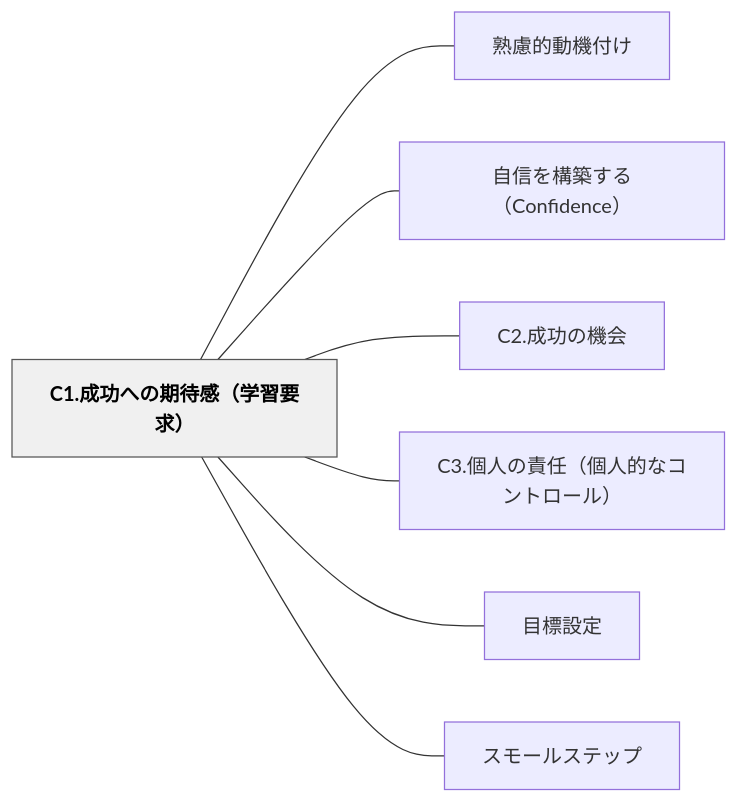
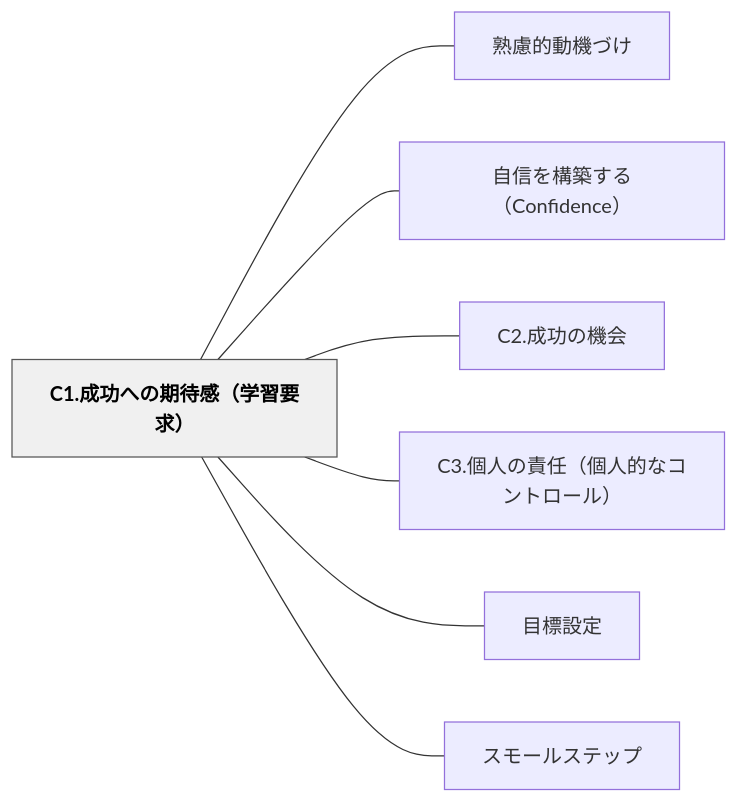
The diagram in content/パタン/C1.成功への期待感（学習要求）.md (unknownthings-ed-patterns/unknownthings-ed-patterns), drawn with Mermaid before and after one commit. The commit also changed other lines of this file and 234 other files, not shown here.

````diff
--- a/content/パタン/C1.成功への期待感（学習要求）.md
+++ b/content/パタン/C1.成功への期待感（学習要求）.md
@@ -37,20 +37,20 @@
 ```mermaid
 flowchart LR
     n43312ee68890e58a9fe381b8e381aee69c9fe5be85e6849fefbc88e5ada6e7bf92e8a681e6b182efbc89["C1.成功への期待感（学習要求）"]
-    ne7869fe685aee79a84e58b95e6a99fe4bb98e38191["熟慮的動機付け"]
+    ne7869fe685aee79a84e58b95e6a99fe381a5e38191["熟慮的動機づけ"]
     ne887aae4bfa1e38292e6a78be7af89e38199e3828befbc88436f6e666964656e6365efbc89["自信を構築する（Confidence）"]
     n43322ee68890e58a9fe381aee6a99fe4bc9a["C2.成功の機会"]
     n43332ee5808be4babae381aee8b2ace4bbbbefbc88e5808be4babae79a84e381aae382b3e383b3e38388e383ade383bce383abefbc89["C3.個人の責任（個人的なコントロール）"]
     ne79baee6a899e8a8ade5ae9a["目標設定"]
     ne382b9e383a2e383bce383abe382b9e38386e38383e38397["スモールステップ"]
 
-    n43312ee68890e58a9fe381b8e381aee69c9fe5be85e6849fefbc88e5ada6e7bf92e8a681e6b182efbc89 --- ne7869fe685aee79a84e58b95e6a99fe4bb98e38191
+    n43312ee68890e58a9fe381b8e381aee69c9fe5be85e6849fefbc88e5ada6e7bf92e8a681e6b182efbc89 --- ne7869fe685aee79a84e58b95e6a99fe381a5e38191
     n43312ee68890e58a9fe381b8e381aee69c9fe5be85e6849fefbc88e5ada6e7bf92e8a681e6b182efbc89 --- ne887aae4bfa1e38292e6a78be7af89e38199e3828befbc88436f6e666964656e6365efbc89
     n43312ee68890e58a9fe381b8e381aee69c9fe5be85e6849fefbc88e5ada6e7bf92e8a681e6b182efbc89 --- n43322ee68890e58a9fe381aee6a99fe4bc9a
     n43312ee68890e58a9fe381b8e381aee69c9fe5be85e6849fefbc88e5ada6e7bf92e8a681e6b182efbc89 --- n43332ee5808be4babae381aee8b2ace4bbbbefbc88e5808be4babae79a84e381aae382b3e383b3e38388e383ade383bce383abefbc89
     n43312ee68890e58a9fe381b8e381aee69c9fe5be85e6849fefbc88e5ada6e7bf92e8a681e6b182efbc89 --- ne79baee6a899e8a8ade5ae9a
     n43312ee68890e58a9fe381b8e381aee69c9fe5be85e6849fefbc88e5ada6e7bf92e8a681e6b182efbc89 --- ne382b9e383a2e383bce383abe382b9e38386e38383e38397
 
     classDef hub fill:#f0f0f0,stroke:#555,color:#000,font-weight:bold
     class n43312ee68890e58a9fe381b8e381aee69c9fe5be85e6849fefbc88e5ada6e7bf92e8a681e6b182efbc89 hub
 ```
````
